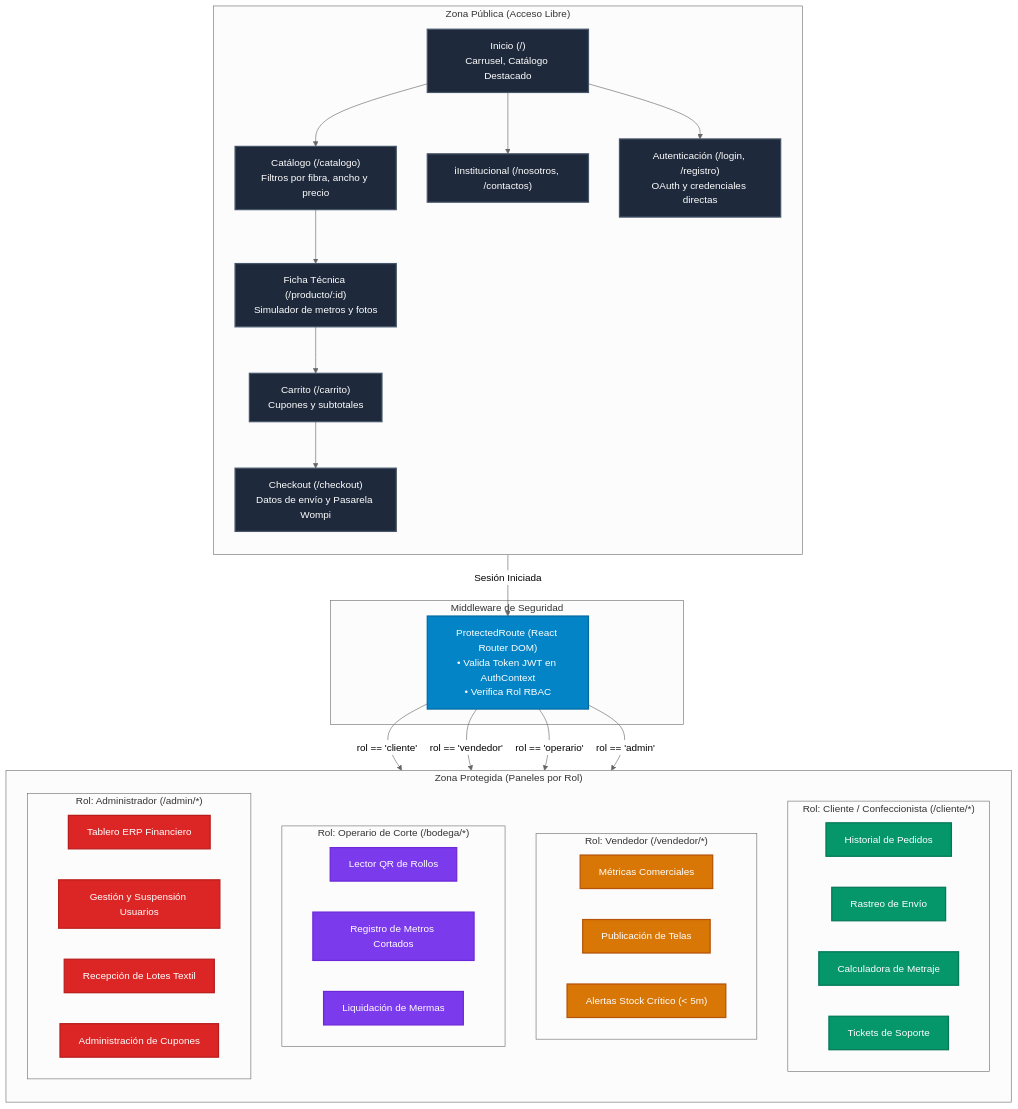
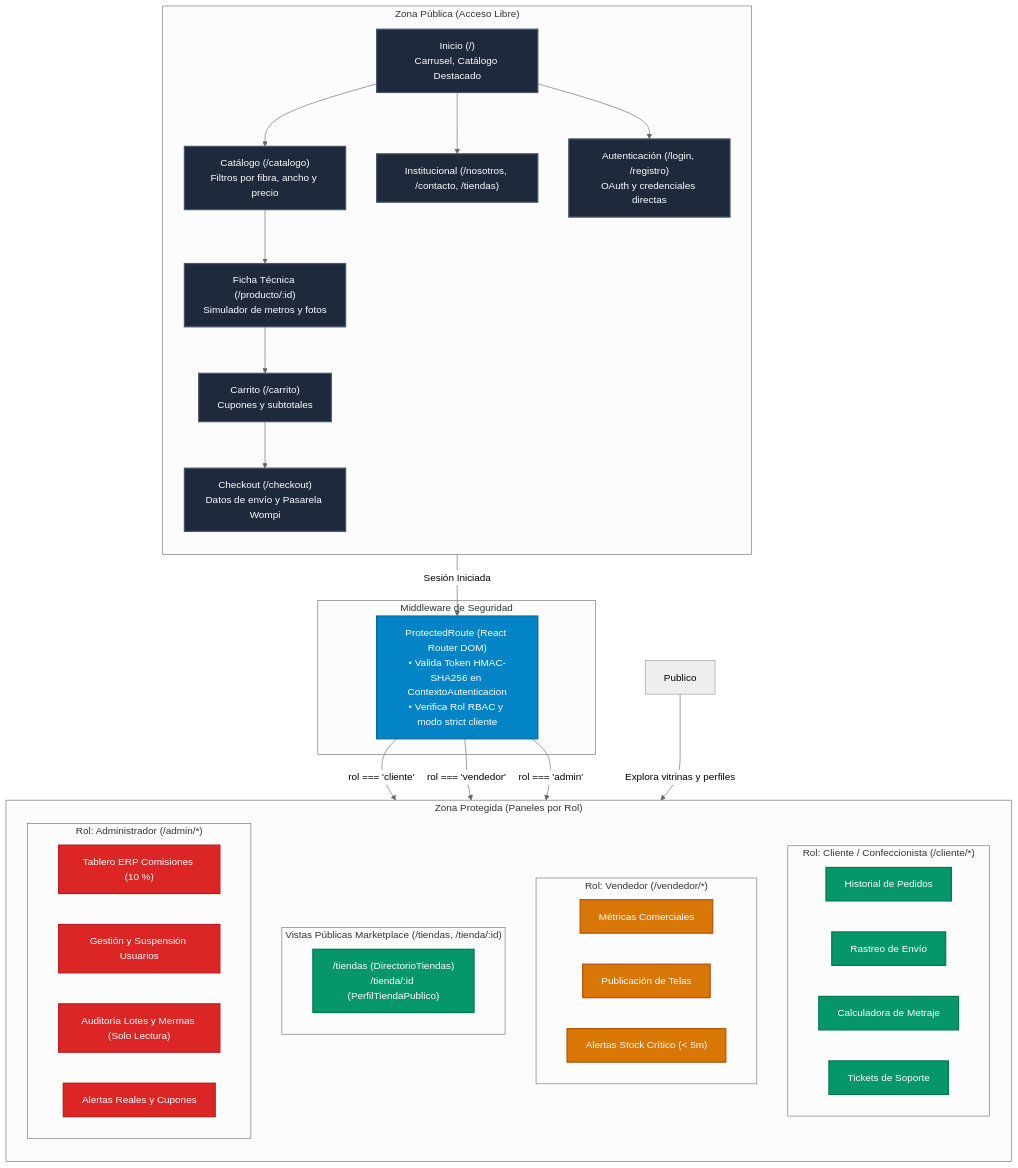
Before and after one commit to Jhonmoreno000/PROYECTO-SENA-TIENDA-TEXTIL-: the diagram in documentacion/03-arquitectura-frontend-y-roles.md, drawn with Mermaid (neutral theme). The commit also changed other lines of this file and 2 other files, not shown here.

````diff
--- a/documentacion/03-arquitectura-frontend-y-roles.md
+++ b/documentacion/03-arquitectura-frontend-y-roles.md
@@ -103,64 +90,62 @@
 ```mermaid
 flowchart TD
     classDef publicStyle fill:#1e293b,stroke:#475569,stroke-width:2px,color:#ffffff,font-family:sans-serif;
     classDef authStyle fill:#0284c7,stroke:#0369a1,stroke-width:2px,color:#ffffff,font-family:sans-serif;
     classDef clientStyle fill:#059669,stroke:#047857,stroke-width:2px,color:#ffffff,font-family:sans-serif;
     classDef sellerStyle fill:#d97706,stroke:#b45309,stroke-width:2px,color:#ffffff,font-family:sans-serif;
     classDef operStyle fill:#7c3aed,stroke:#6d28d9,stroke-width:2px,color:#ffffff,font-family:sans-serif;
     classDef adminStyle fill:#dc2626,stroke:#b91c1c,stroke-width:2px,color:#ffffff,font-family:sans-serif;
 
     subgraph ZonaPublica ["Zona Pública (Acceso Libre)"]
         direction TB
         Home["Inicio (/)<br/>Carrusel, Catálogo Destacado"]:::publicStyle
         Catalogo["Catálogo (/catalogo)<br/>Filtros por fibra, ancho y precio"]:::publicStyle
         Detalle["Ficha Técnica (/producto/:id)<br/>Simulador de metros y fotos"]:::publicStyle
         Carrito["Carrito (/carrito)<br/>Cupones y subtotales"]:::publicStyle
         Checkout["Checkout (/checkout)<br/>Datos de envío y Pasarela Wompi"]:::publicStyle
         Login["Autenticación (/login, /registro)<br/>OAuth y credenciales directas"]:::publicStyle
-        Institucional["ℹInstitucional (/nosotros, /contactos)"]:::publicStyle
+        Institucional["Institucional (/nosotros, /contacto, /tiendas)"]:::publicStyle
 
         Home --> Catalogo --> Detalle --> Carrito --> Checkout
         Home --> Institucional
         Home --> Login
     end
 
     subgraph GuardiaSeguridad ["Middleware de Seguridad"]
-        ProtectedRoute["ProtectedRoute (React Router DOM)<br/>• Valida Token JWT en AuthContext<br/>• Verifica Rol RBAC"]:::authStyle
+        ProtectedRoute["ProtectedRoute (React Router DOM)<br/>• Valida Token HMAC-SHA256 en ContextoAutenticacion<br/>• Verifica Rol RBAC y modo strict cliente"]:::authStyle
     end
 
     subgraph ZonaProtegida ["Zona Protegida (Paneles por Rol)"]
         direction TB
 
         subgraph PanelCliente ["Rol: Cliente / Confeccionista (/cliente/*)"]
             Cli1["Historial de Pedidos"]:::clientStyle
             Cli2["Rastreo de Envío"]:::clientStyle
             Cli3["Calculadora de Metraje"]:::clientStyle
             Cli4["Tickets de Soporte"]:::clientStyle
         end
 
         subgraph PanelVendedor ["Rol: Vendedor (/vendedor/*)"]
             Ven1["Métricas Comerciales"]:::sellerStyle
             Ven2["Publicación de Telas"]:::sellerStyle
             Ven3["Alertas Stock Crítico (< 5m)"]:::sellerStyle
         end
 
-        subgraph PanelOperario ["Rol: Operario de Corte (/bodega/*)"]
-            Op1["Lector QR de Rollos"]:::operStyle
-            Op2["Registro de Metros Cortados"]:::operStyle
-            Op3["Liquidación de Mermas"]:::operStyle
+        subgraph PanelTiendaMarketplace ["Vistas Públicas Marketplace (/tiendas, /tienda/:id)"]
+            TiendaDir["/tiendas (DirectorioTiendas)<br/>/tienda/:id (PerfilTiendaPublico)"]:::clientStyle
         end
 
         subgraph PanelAdmin ["Rol: Administrador (/admin/*)"]
-            Adm1["Tablero ERP Financiero"]:::adminStyle
+            Adm1["Tablero ERP Comisiones (10 %)"]:::adminStyle
             Adm2["Gestión y Suspensión Usuarios"]:::adminStyle
-            Adm3["Recepción de Lotes Textil"]:::adminStyle
-            Adm4["Administración de Cupones"]:::adminStyle
+            Adm3["Auditoría Lotes y Mermas (Solo Lectura)"]:::adminStyle
+            Adm4["Alertas Reales y Cupones"]:::adminStyle
         end
     end
 
     Login -->|Sesión Iniciada| ProtectedRoute
-    ProtectedRoute -->|rol == 'cliente'| PanelCliente
-    ProtectedRoute -->|rol == 'vendedor'| PanelVendedor
-    ProtectedRoute -->|rol == 'operario'| PanelOperario
-    ProtectedRoute -->|rol == 'admin'| PanelAdmin
+    ProtectedRoute -->|"rol === 'cliente'"| PanelCliente
+    ProtectedRoute -->|"rol === 'vendedor'"| PanelVendedor
+    Publico -->|"Explora vitrinas y perfiles"| PanelTiendaMarketplace
+    ProtectedRoute -->|"rol === 'admin'"| PanelAdmin
 ```
````
